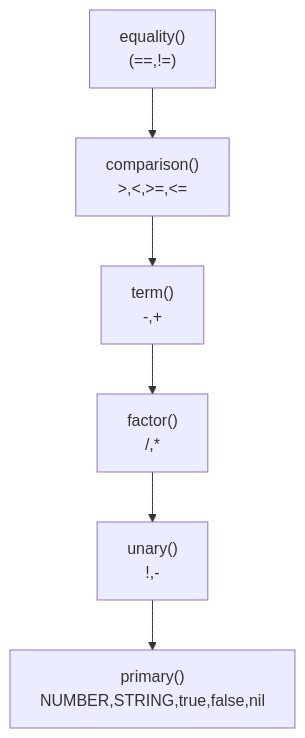
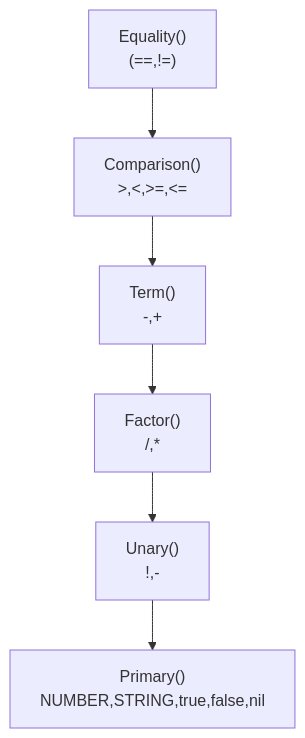
Before and after one commit to Ester45764/Zoo: the second of 2 diagrams in README.md, drawn with Mermaid.

````diff
--- a/README.md
+++ b/README.md
@@ -16,15 +16,15 @@
 ```mermaid
 flowchart TD
-   A["`equality()
-    (==,!=)`"] --> B["`comparison()
+   A["`Equality()
+    (==,!=)`"] --> B["`Comparison()
                        >,<,>=,<=`"]
-   B--> C["`term()
+   B--> C["`Term()
             -,+`"]
-   C-->D["`factor()
+   C-->D["`Factor()
            /,*`"]
-   D-->E["`unary()
+   D-->E["`Unary()
            !,-`"]
-   E -->F["`primary()
+   E -->F["`Primary()
         NUMBER,STRING,true,false,nil`"]
 
 ```
````
